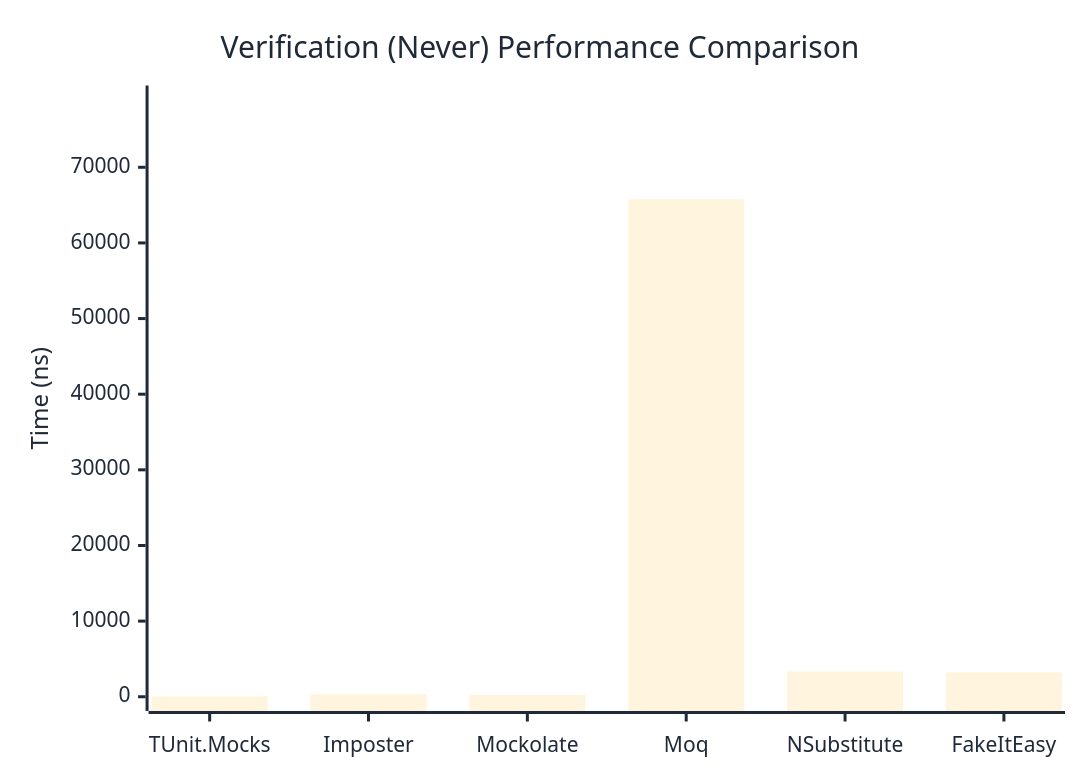
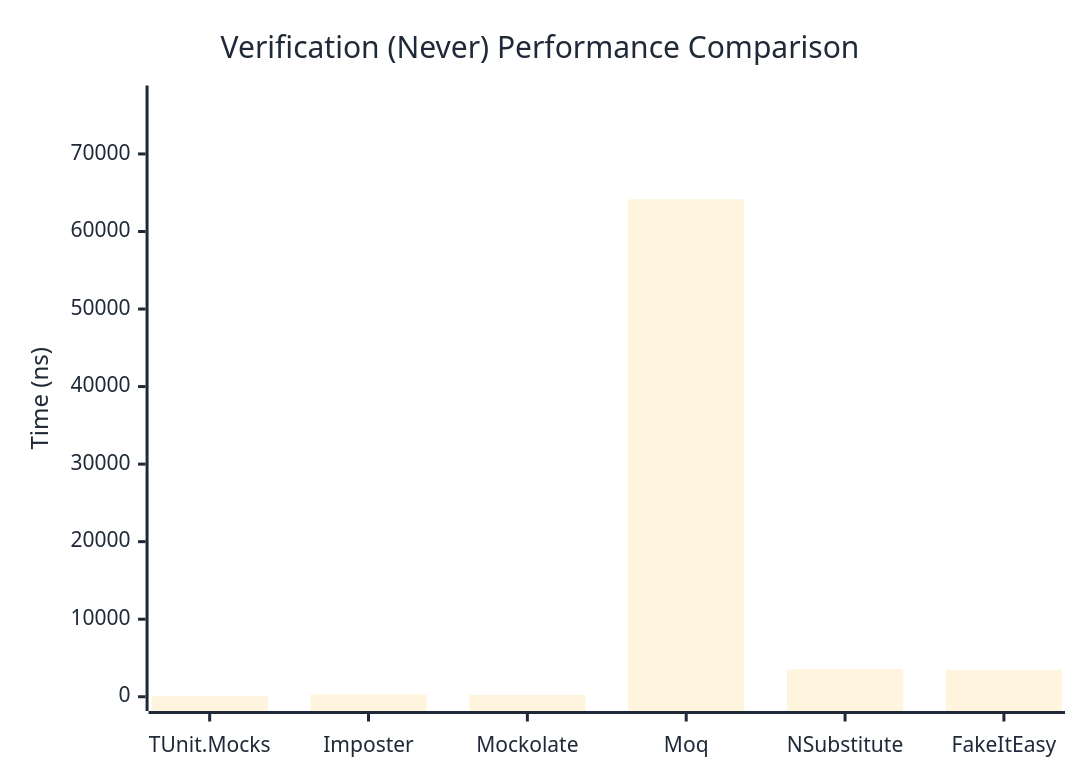
The second of 3 diagrams in docs/docs/benchmarks/mocks/Verification.md (thomhurst/TUnit), drawn with Mermaid before and after one commit. The commit also changed other lines of this file and 14 other files, not shown here.

````diff
--- a/docs/docs/benchmarks/mocks/Verification.md
+++ b/docs/docs/benchmarks/mocks/Verification.md
@@ -71,27 +71,27 @@
 ```mermaid
 %%{init: {
   'theme':'base',
   'themeVariables': {
     'primaryColor': '#2563eb',
     'primaryTextColor': '#1f2937',
     'primaryBorderColor': '#1e40af',
     'lineColor': '#6b7280',
     'secondaryColor': '#7c3aed',
     'tertiaryColor': '#dc2626',
     'background': '#ffffff',
     'pie1': '#2563eb',
     'pie2': '#7c3aed',
     'pie3': '#dc2626',
     'pie4': '#f59e0b',
     'pie5': '#10b981',
     'pie6': '#06b6d4',
     'pie7': '#ec4899',
     'pie8': '#6366f1'
   }
 }}%%
 xychart-beta
   title "Verification (Never) Performance Comparison"
   x-axis ["TUnit.Mocks", "Imposter", "Mockolate", "Moq", "NSubstitute", "FakeItEasy"]
-  y-axis "Time (ns)" 0 --> 78929
-  bar [52.49, 325.05, 253.72, 65773.42, 3339.29, 3223.4]
+  y-axis "Time (ns)" 0 --> 76988
+  bar [56.55, 339.76, 257.21, 64156.37, 3591.51, 3466.47]
 ```
````
